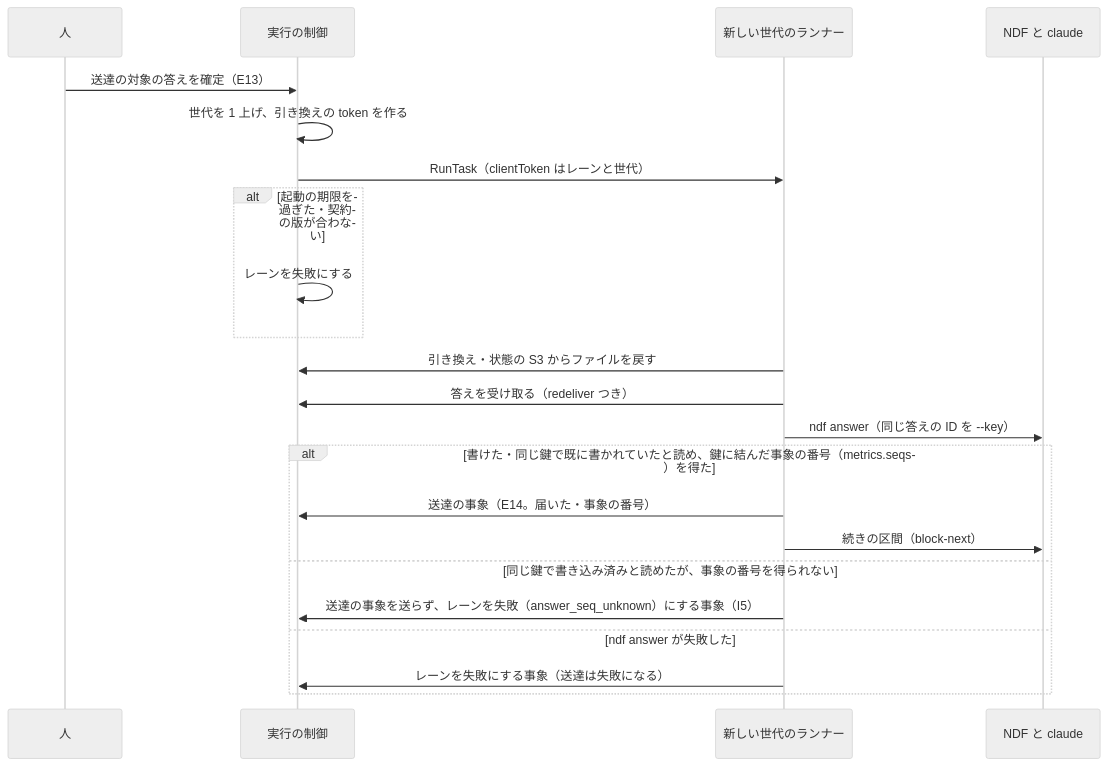
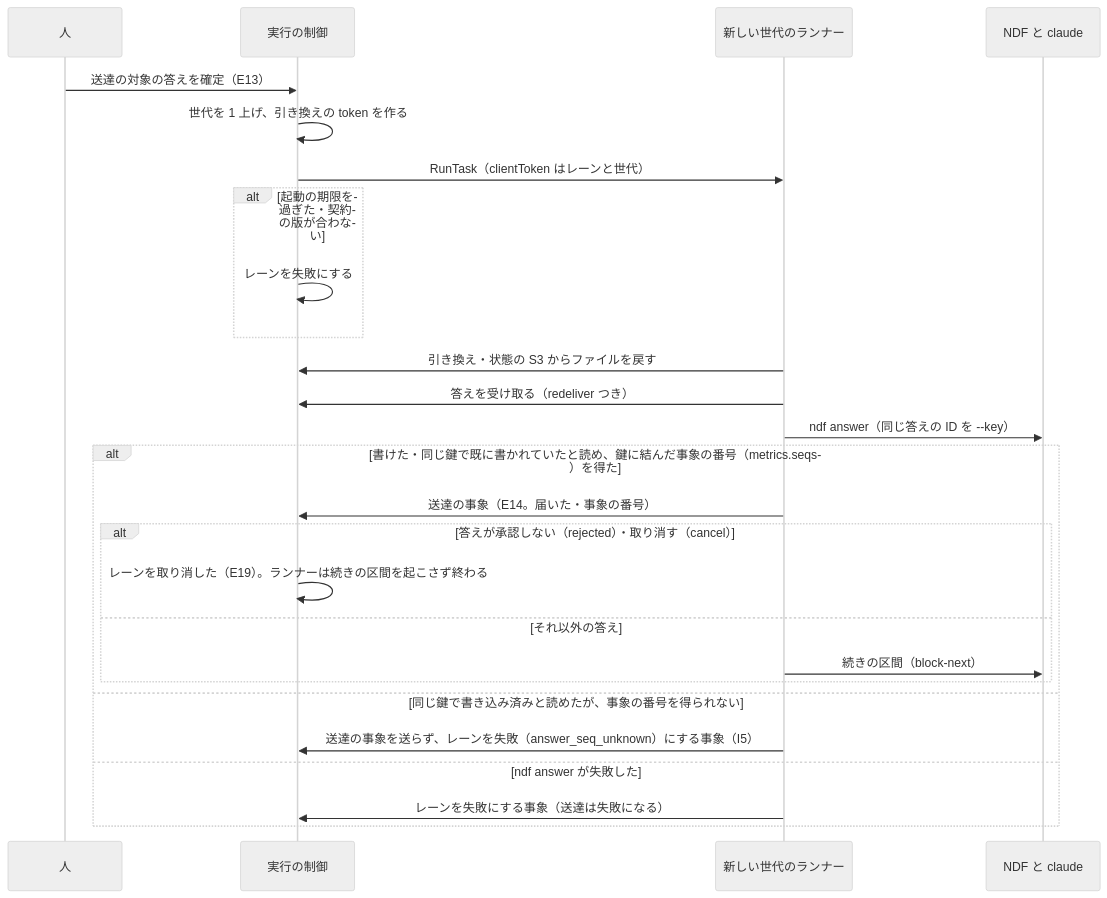
Before and after one commit to devbasex/nd-factory: the fifth of 10 diagrams in docs/design/execution.md, drawn with Mermaid (neutral theme). The commit also changed other lines of this file and 1 other file, not shown here.

Commit message:
Docs: #41 の cross-review の指摘に合わせ、起こし直しで送達の後に答えの選択肢で分け、待機中のランナーがレーンの終わりを 401 で知るよう直す（#41）

````diff
--- a/docs/design/execution.md
+++ b/docs/design/execution.md
@@ -198,24 +198,28 @@
 ```mermaid
 sequenceDiagram
     participant H as 人
     participant API as 実行の制御
     participant R as 新しい世代のランナー
     participant N as NDF と claude
     H->>API: 送達の対象の答えを確定（E13）
     API->>API: 世代を 1 上げ、引き換えの token を作る
     API->>R: RunTask（clientToken はレーンと世代）
     alt 起動の期限を過ぎた・契約の版が合わない
         API->>API: レーンを失敗にする
     end
     R->>API: 引き換え・状態の S3 からファイルを戻す
     R->>API: 答えを受け取る（redeliver つき）
     R->>N: ndf answer（同じ答えの ID を --key）
     alt 書けた・同じ鍵で既に書かれていたと読め、鍵に結んだ事象の番号（metrics.seqs）を得た
         R->>API: 送達の事象（E14。届いた・事象の番号）
-        R->>N: 続きの区間（block-next）
+        alt 答えが承認しない（rejected）・取り消す（cancel）
+            API->>API: レーンを取り消した（E19）。ランナーは続きの区間を起こさず終わる
+        else それ以外の答え
+            R->>N: 続きの区間（block-next）
+        end
     else 同じ鍵で書き込み済みと読めたが、事象の番号を得られない
         R->>API: 送達の事象を送らず、レーンを失敗（answer_seq_unknown）にする事象（I5）
     else ndf answer が失敗した
         R->>API: レーンを失敗にする事象（送達は失敗になる）
     end
 ```
````
